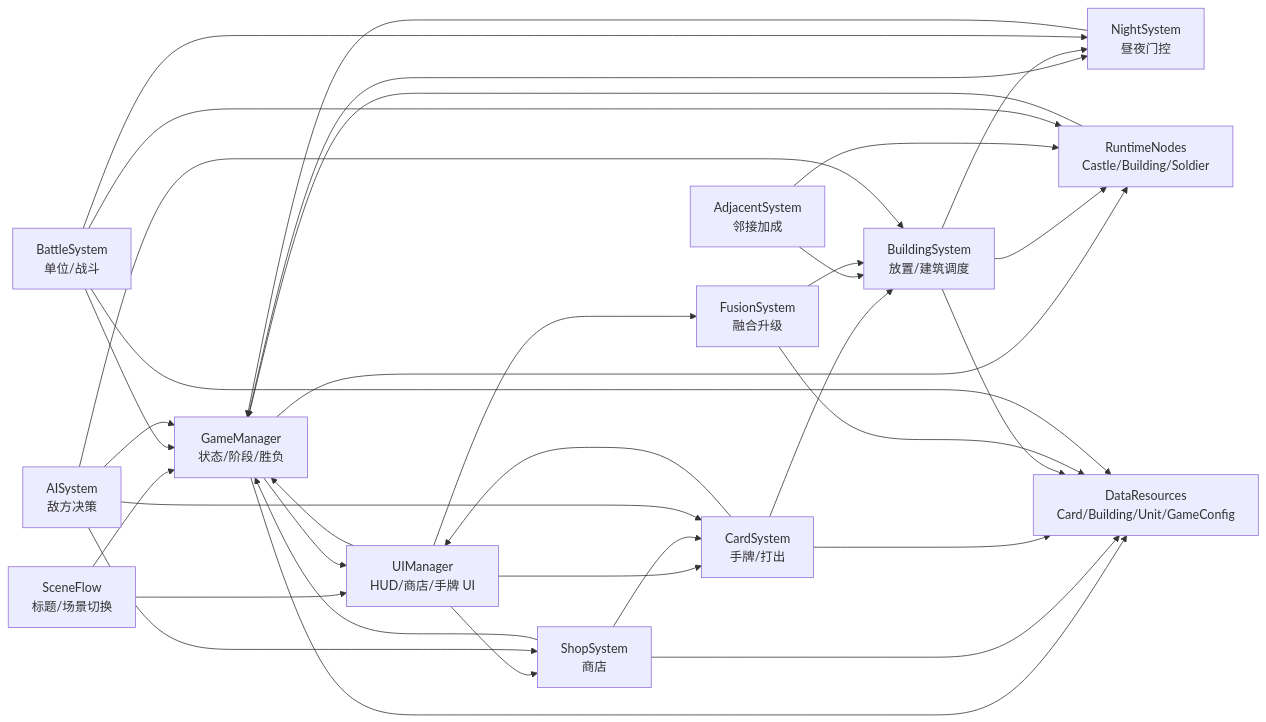
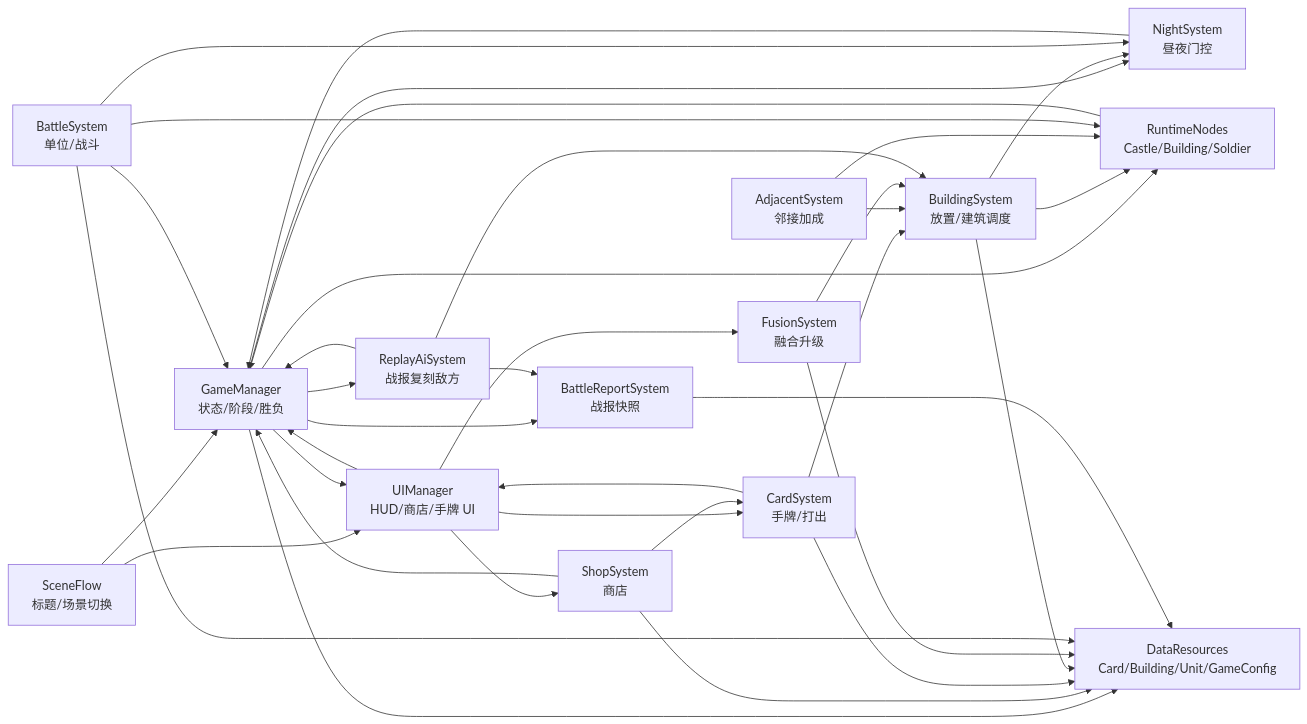
One commit to xiaomaitai/CasualCastle changed the diagram in devPlan/outline/c05ProjectArchitecture.md. Above: the diagram before and after it, drawn with Mermaid. The commit also changed other lines of this file and 14 other files, not shown here.

````diff
--- a/devPlan/outline/c05ProjectArchitecture.md
+++ b/devPlan/outline/c05ProjectArchitecture.md
@@ -97,59 +100,63 @@
 ```mermaid
 flowchart LR
     SceneFlow[SceneFlow<br/>标题/场景切换]
     GameManager[GameManager<br/>状态/阶段/胜负]
     UIManager[UIManager<br/>HUD/商店/手牌 UI]
     NightSystem[NightSystem<br/>昼夜门控]
     ShopSystem[ShopSystem<br/>商店]
     CardSystem[CardSystem<br/>手牌/打出]
     BuildingSystem[BuildingSystem<br/>放置/建筑调度]
     AdjacentSystem[AdjacentSystem<br/>邻接加成]
     FusionSystem[FusionSystem<br/>融合升级]
     BattleSystem[BattleSystem<br/>单位/战斗]
-    AISystem[AISystem<br/>敌方决策]
+    BattleReportSystem[BattleReportSystem<br/>战报快照]
+    ReplayAiSystem[ReplayAiSystem<br/>战报复刻敌方]
     DataResources[DataResources<br/>Card/Building/Unit/GameConfig]
     RuntimeNodes[RuntimeNodes<br/>Castle/Building/Soldier]
 
     SceneFlow --> GameManager
     SceneFlow --> UIManager
 
     GameManager --> UIManager
     GameManager --> NightSystem
     GameManager --> RuntimeNodes
     GameManager --> DataResources
 
     UIManager --> GameManager
     UIManager --> ShopSystem
     UIManager --> CardSystem
     UIManager --> FusionSystem
 
     NightSystem --> GameManager
     BuildingSystem --> NightSystem
     BattleSystem --> NightSystem
 
     ShopSystem --> GameManager
     ShopSystem --> CardSystem
     ShopSystem --> DataResources
 
     CardSystem --> UIManager
     CardSystem --> BuildingSystem
     CardSystem --> DataResources
 
     BuildingSystem --> RuntimeNodes
     BuildingSystem --> DataResources
     AdjacentSystem --> BuildingSystem
     AdjacentSystem --> RuntimeNodes
     FusionSystem --> BuildingSystem
     FusionSystem --> DataResources
 
     BattleSystem --> RuntimeNodes
     BattleSystem --> DataResources
     BattleSystem --> GameManager
 
-    AISystem --> GameManager
-    AISystem --> ShopSystem
-    AISystem --> CardSystem
-    AISystem --> BuildingSystem
+    GameManager --> BattleReportSystem
+    GameManager --> ReplayAiSystem
+
+    BattleReportSystem --> DataResources
+    ReplayAiSystem --> BattleReportSystem
+    ReplayAiSystem --> BuildingSystem
+    ReplayAiSystem --> GameManager
 
     RuntimeNodes --> GameManager
 ```
````
